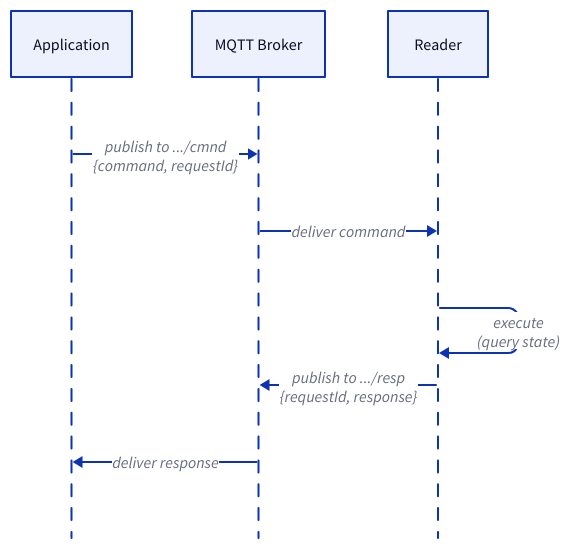
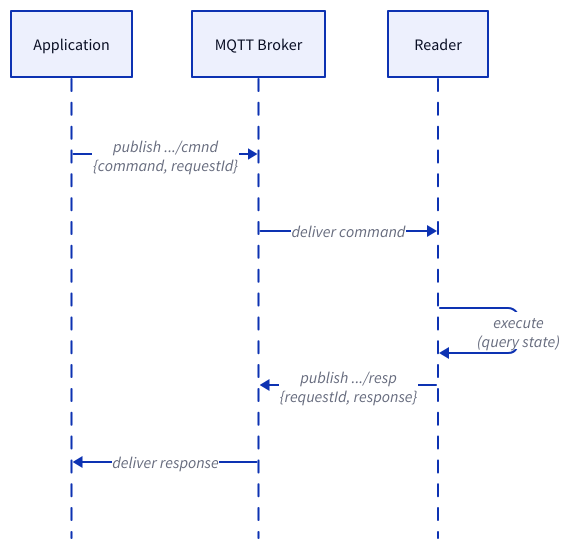
The first of 3 diagrams in docs/foundations/communication-flow.md (admiral-ai/zebra-handheld-rfid-iotc), drawn with D2 before and after one commit. The commit also changed other lines of this file and 40 other files, not shown here.

First line of the commit message:
Redesign all 54 D2 diagrams to a unified visual system

````diff
--- a/docs/foundations/communication-flow.md
+++ b/docs/foundations/communication-flow.md
@@ -41,11 +41,12 @@
 ```d2
 shape: sequence_diagram
 App: Application
 B: MQTT Broker
 R: Reader
-App -> B: "publish to .../cmnd\n{command, requestId}"
+App -> B: "publish .../cmnd\n{command, requestId}"
 B -> R: deliver command
 R -> R: "execute\n(query state)"
-R -> B: "publish to .../resp\n{requestId, response}"
+R -> B: "publish .../resp\n{requestId, response}"
 B -> App: deliver response
+
 ```
````
